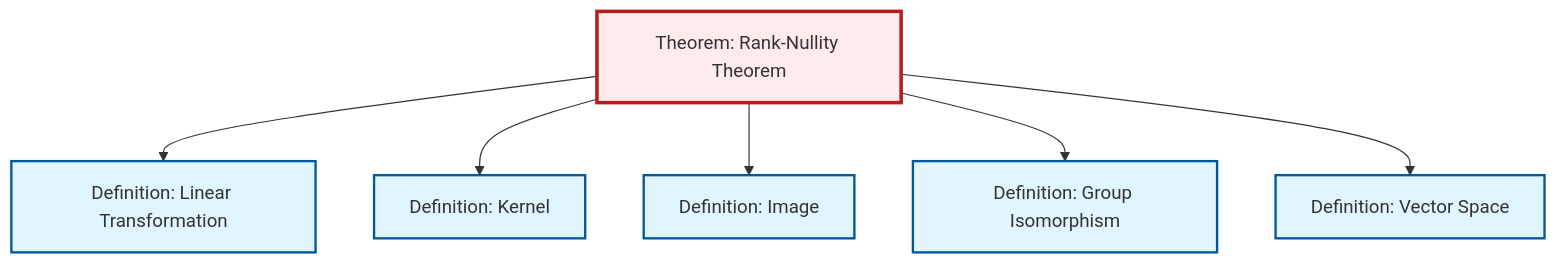
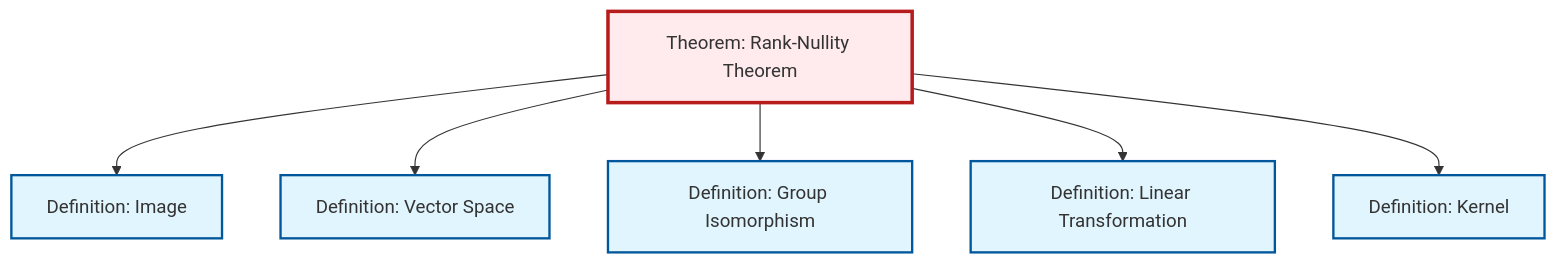
Before and after one commit to RK0429/ModernMath: the diagram in content/en/algebra/thm-rank-nullity.qmd, drawn with Mermaid. The commit also changed other lines of this file and 597 other files, not shown here.

````diff
--- a/content/en/algebra/thm-rank-nullity.qmd
+++ b/content/en/algebra/thm-rank-nullity.qmd
@@ -56,26 +56,26 @@
 ```{mermaid}
 %%| fig-cap: "Local dependency graph"
 graph TD
     classDef definition fill:#e1f5fe,stroke:#01579b,stroke-width:2px
     classDef theorem fill:#f3e5f5,stroke:#4a148c,stroke-width:2px
     classDef axiom fill:#fff3e0,stroke:#e65100,stroke-width:2px
     classDef example fill:#e8f5e9,stroke:#1b5e20,stroke-width:2px
     classDef current fill:#ffebee,stroke:#b71c1c,stroke-width:3px
+    thm-rank-nullity["Theorem: Rank-Nullity Theorem"]:::theorem
     def-vector-space["Definition: Vector Space"]:::definition
-    def-image["Definition: Image"]:::definition
-    thm-rank-nullity["Theorem: Rank-Nullity Theorem"]:::theorem
-    def-linear-transformation["Definition: Linear Transformation"]:::definition
     def-isomorphism["Definition: Group Isomorphism"]:::definition
     def-kernel["Definition: Kernel"]:::definition
+    def-linear-transformation["Definition: Linear Transformation"]:::definition
+    def-image["Definition: Image"]:::definition
+    thm-rank-nullity --> def-image
+    thm-rank-nullity --> def-vector-space
+    thm-rank-nullity --> def-isomorphism
     thm-rank-nullity --> def-linear-transformation
     thm-rank-nullity --> def-kernel
-    thm-rank-nullity --> def-image
-    thm-rank-nullity --> def-isomorphism
-    thm-rank-nullity --> def-vector-space
     class thm-rank-nullity current
     click def-vector-space "def-vector-space.html" "Go to Vector Space definition"
-    click def-image "def-image.html" "Go to Image definition"
-    click def-linear-transformation "def-linear-transformation.html" "Go to Linear Transformation definition"
     click def-isomorphism "def-isomorphism.html" "Go to Group Isomorphism definition"
     click def-kernel "def-kernel.html" "Go to Kernel definition"
+    click def-linear-transformation "def-linear-transformation.html" "Go to Linear Transformation definition"
+    click def-image "def-image.html" "Go to Image definition"
 ```
````
